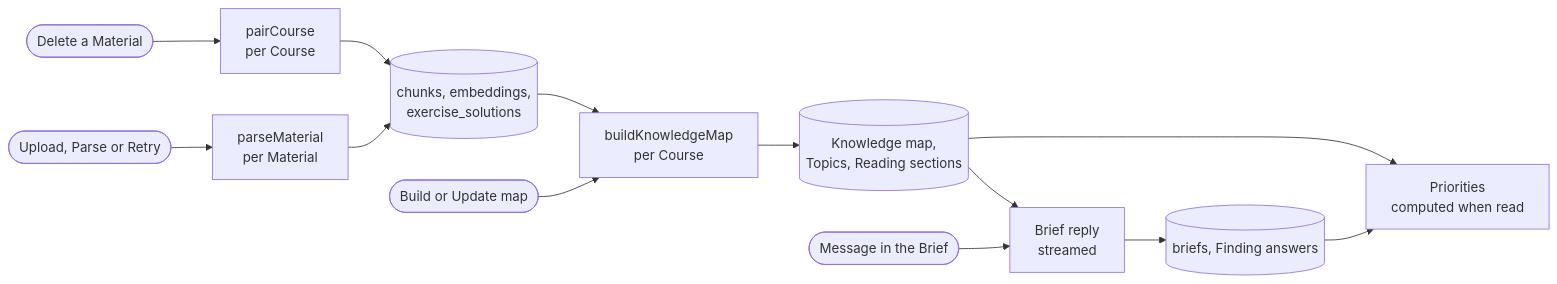
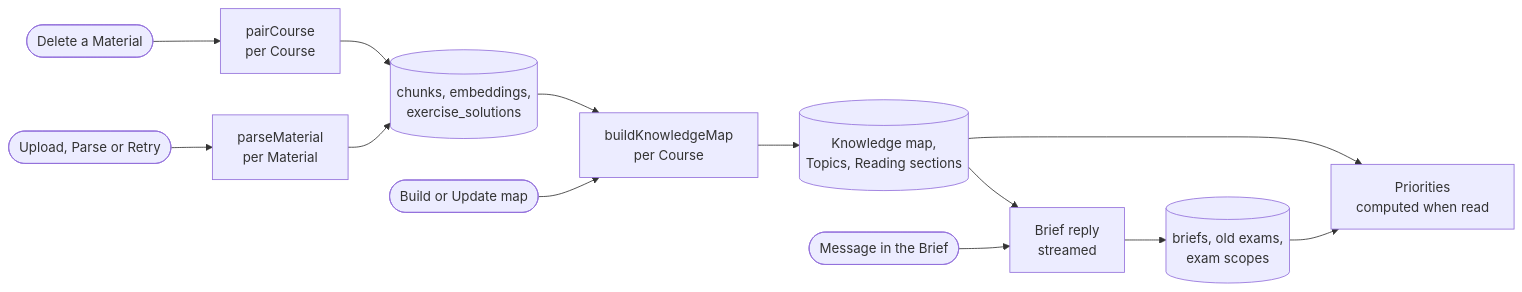
One commit to 69420pm/project-mastery changed the diagram in docs/features/knowledge-map-pipeline.md. Above: the diagram before and after it, drawn with Mermaid. The commit also changed other lines of this file and 65 other files, not shown here.

First line of the commit message:
feat!: confirm old exams and exam scope in the Brief and remove Findings

````diff
--- a/docs/features/knowledge-map-pipeline.md
+++ b/docs/features/knowledge-map-pipeline.md
@@ -7,15 +7,15 @@
 ```mermaid
 flowchart LR
   upload([Upload, Parse or Retry]) --> parse[parseMaterial<br/>per Material]
   delete([Delete a Material]) --> pair[pairCourse<br/>per Course]
   parse --> chunks[(chunks, embeddings,<br/>exercise_solutions)]
   pair --> chunks
   press([Build or Update map]) --> build[buildKnowledgeMap<br/>per Course]
   chunks --> build
   build --> map[(Knowledge map,<br/>Topics, Reading sections)]
   brief([Message in the Brief]) --> reply[Brief reply<br/>streamed]
-  reply --> briefRows[(briefs, Finding answers)]
+  reply --> briefRows[(briefs, old exams,<br/>exam scopes)]
   map --> reply
   map --> prio[Priorities<br/>computed when read]
   briefRows --> prio
 ```
````
